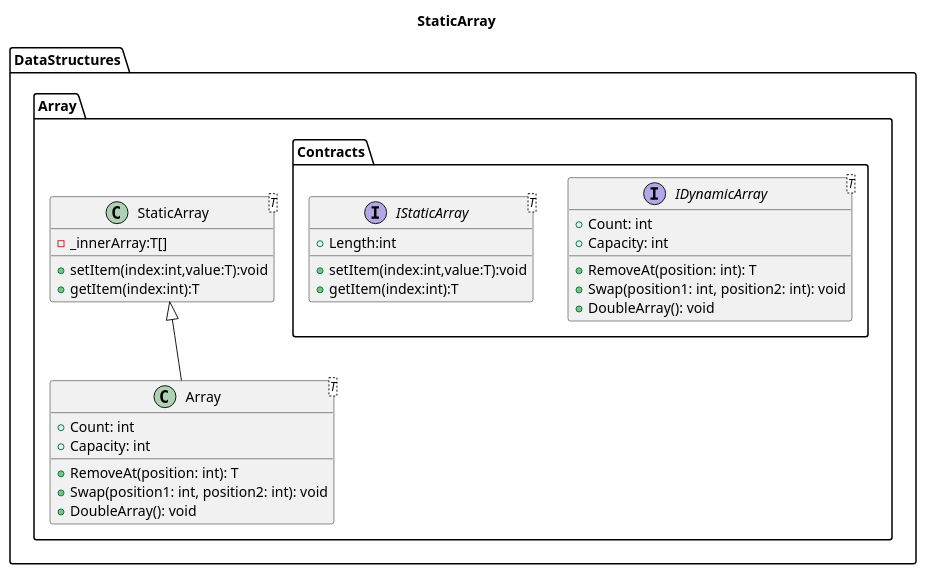
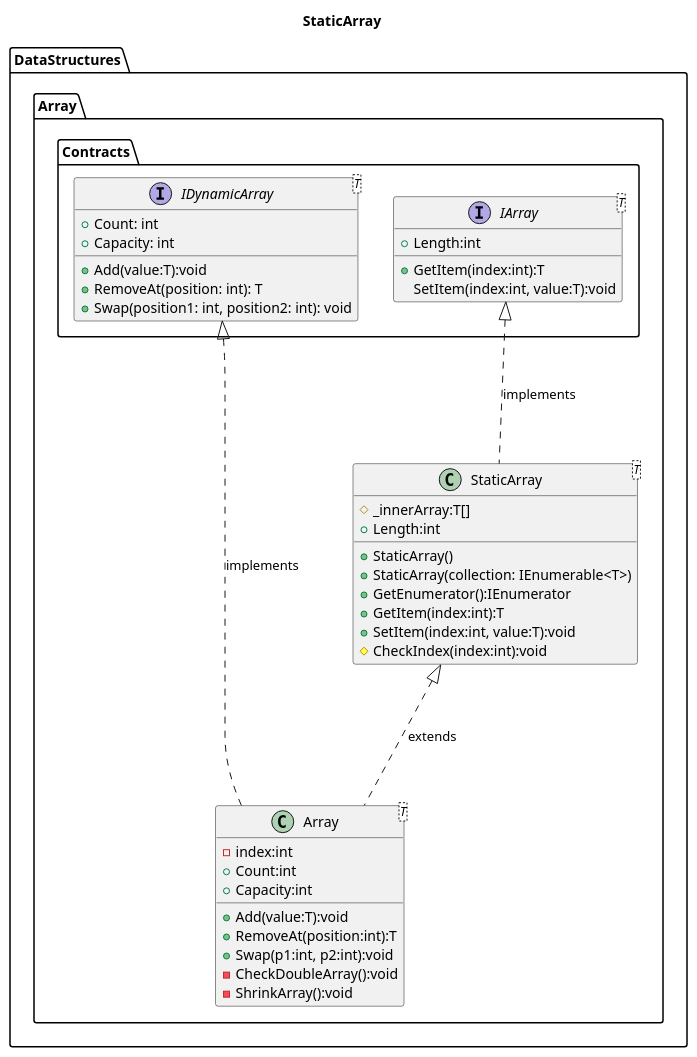
The diagram in DataStructures/Array/Model/StaticArray.wsd (Abdirashid-dv/Veri-Yapilari-ve-Algoritmalar), drawn with PlantUML before and after one commit. The commit also changed 161 other files, not shown here.

```diff
--- a/DataStructures/Array/Model/StaticArray.wsd
+++ b/DataStructures/Array/Model/StaticArray.wsd
@@ -1,36 +1,50 @@
 @startuml StaticArray
 title StaticArray
 
+namespace DataStructures.Array.Contracts{
+    interface IArray<T>{
+        +Length:int
+        +GetItem(index:int):T
+        SetItem(index:int, value:T):void
+    }
 
-namespace DataStructures.Array.Contracts {
     interface IDynamicArray<T> {
-        +Count: int
-        +Capacity: int
-        +RemoveAt(position: int): T
-        +Swap(position1: int, position2: int): void
-        +DoubleArray(): void
+    + Count: int
+    + Capacity: int
+    + Add(value:T):void
+    + RemoveAt(position: int): T
+    + Swap(position1: int, position2: int): void
+
+}
+}
+
+namespace DataStructures.Array{
+    class StaticArray<T>{
+         #_innerArray:T[]
+        +StaticArray()
+        +StaticArray(collection: IEnumerable<T>)
+        +Length:int
+        +GetEnumerator():IEnumerator
+        +GetItem(index:int):T
+        +SetItem(index:int, value:T):void
+        #CheckIndex(index:int):void
+    }
+
+    class Array<T>{
+        - index:int
+        + Count:int
+        + Capacity:int
+        + Add(value:T):void
+        + RemoveAt(position:int):T
+        + Swap(p1:int, p2:int):void
+        - CheckDoubleArray():void
+        - ShrinkArray():void
     }
 }
-namespace DataStructures.Array.Contracts{
-    interface IStaticArray<T>{
-        +Length:int
-        +setItem(index:int,value:T):void
-        +getItem(index:int):T
-    }
-}
-namespace DataStructures.Array{
-    class StaticArray<T>{
-        -_innerArray:T[]
-        +setItem(index:int,value:T):void
-        +getItem(index:int):T
-    }
 
-    class Array<T> extends StaticArray<T>{
-        +Count: int
-        +Capacity: int
-        +RemoveAt(position: int): T
-        +Swap(position1: int, position2: int): void
-        +DoubleArray(): void
-    }
-}
+hide empty members
+
+DataStructures.Array.StaticArray -.up.|> DataStructures.Array.Contracts.IArray : "implements"
+DataStructures.Array.Array -.up.|> DataStructures.Array.StaticArray : "extends"
+DataStructures.Array.Array -.up.|> DataStructures.Array.Contracts.IDynamicArray : "implements"
 @enduml
```
